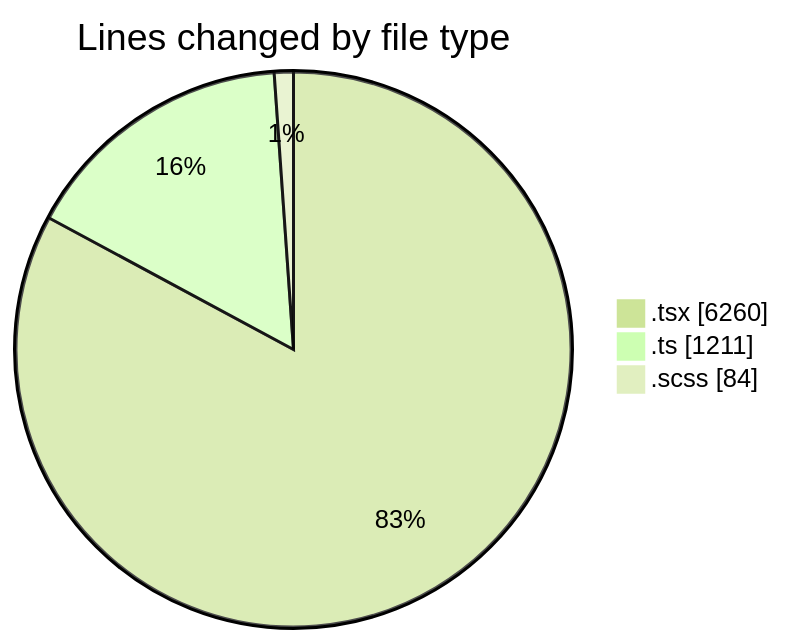
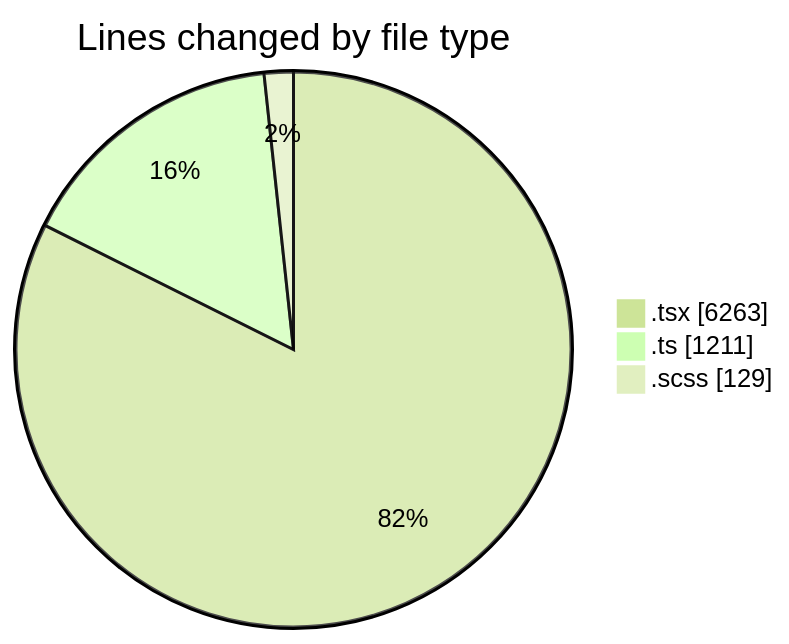
The first of 2 diagrams in 2025-07-02/cda/README.md (momahboobian/code-tracking), drawn with Mermaid (forest theme) before and after one commit. The commit also changed other lines of this file and 1 other file, not shown here.

````diff
--- a/2025-07-02/cda/README.md
+++ b/2025-07-02/cda/README.md
@@ -38,7 +39,7 @@
 ```mermaid
 pie showData
 title Lines changed by file type
-".tsx" : 6260
+".tsx" : 6263
 ".ts" : 1211
-".scss" : 84
+".scss" : 129
 ```
````
